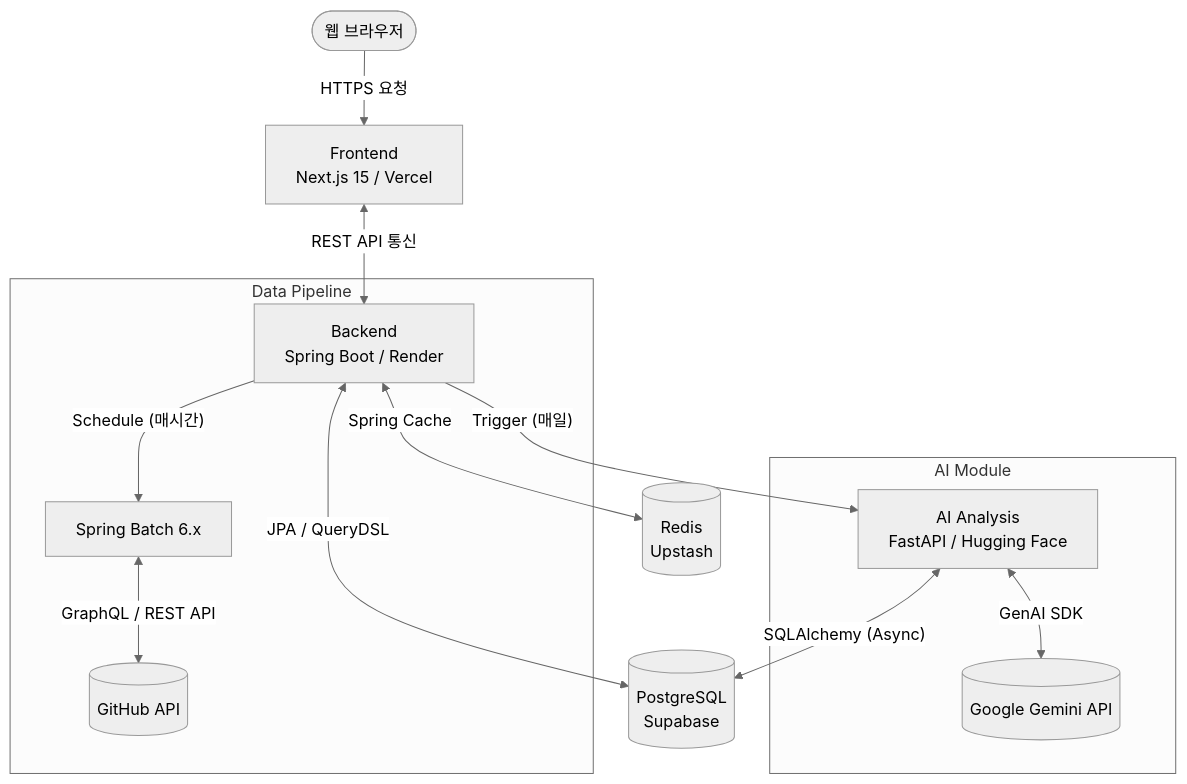
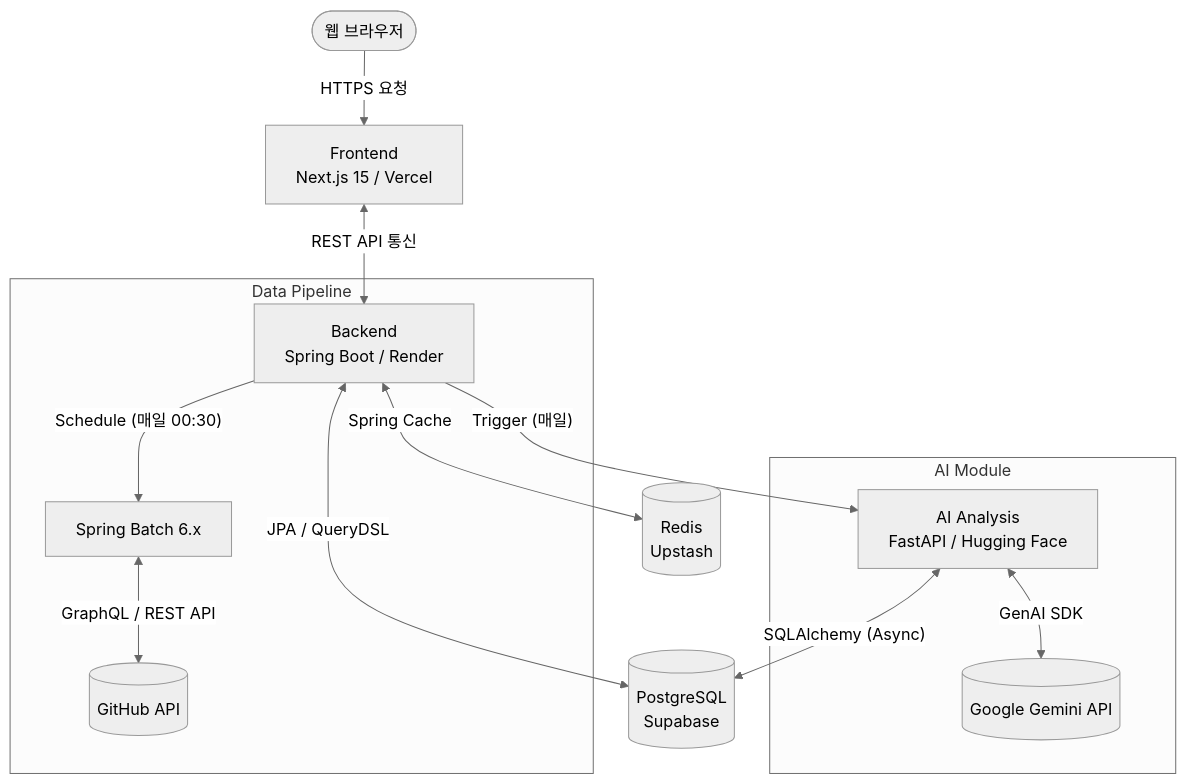
One commit to nx2803/Ultimate-Framework-Championship changed the first of 2 diagrams in README.md. Above: the diagram before and after it, drawn with Mermaid (neutral theme). The commit also changed other lines of this file, not shown here.

````diff
--- a/README.md
+++ b/README.md
@@ -69,23 +69,23 @@
 ```mermaid
 graph TD
     %% 프론트엔드
     Client(["웹 브라우저"]) -->|"HTTPS 요청"| FE["Frontend<br/>Next.js 15 / Vercel"]
     
     %% 백엔드 및 외부 서비스
     FE <-->|"REST API 통신"| BE["Backend<br/>Spring Boot / Render"]
     
     subgraph Data Pipeline
-        BE -->|"Schedule (매시간)"| Batch["Spring Batch 6.x"]
+        BE -->|"Schedule (매일 00:30)"| Batch["Spring Batch 6.x"]
         Batch <-->|"GraphQL / REST API"| Github[("GitHub API")]
     end
     
     subgraph AI Module
         BE -->|"Trigger (매일)"| AI["AI Analysis<br/>FastAPI / Hugging Face"]
         AI <-->|"GenAI SDK"| Gemini[("Google Gemini API")]
     end
     
     %% 데이터 저장소
     BE <-->|"JPA / QueryDSL"| DB[("PostgreSQL<br/>Supabase")]
     BE <-->|"Spring Cache"| Redis[("Redis<br/>Upstash")]
     AI <-->|"SQLAlchemy (Async)"| DB
 ```
````
